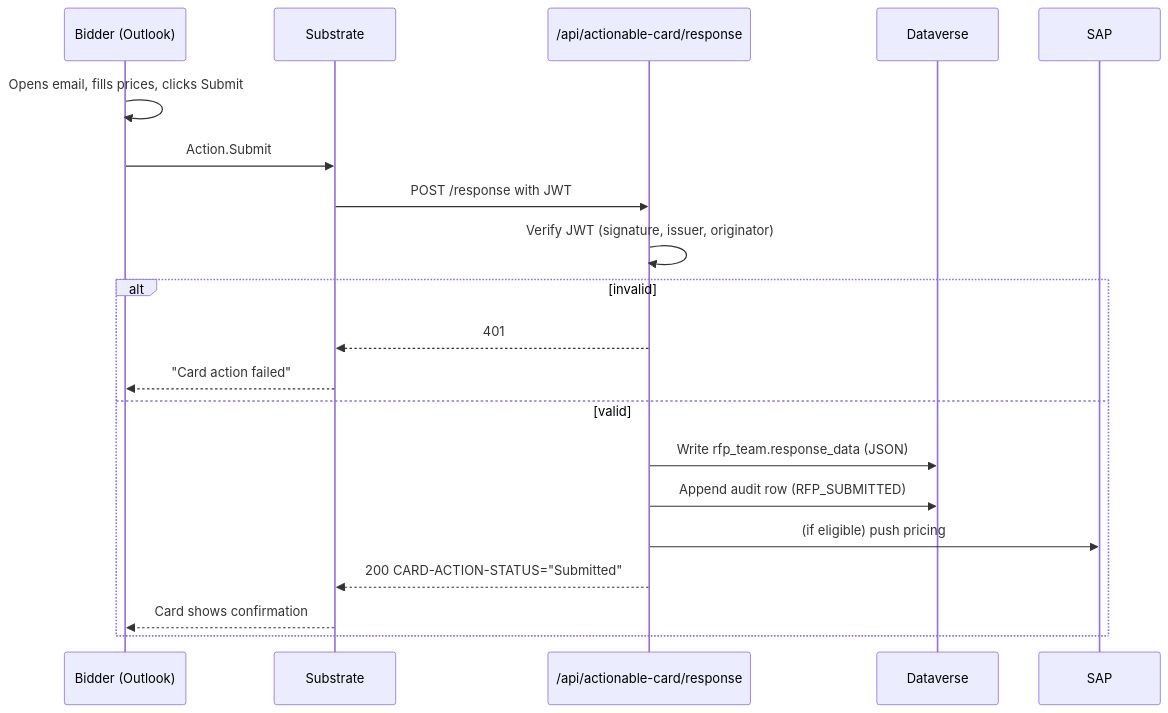
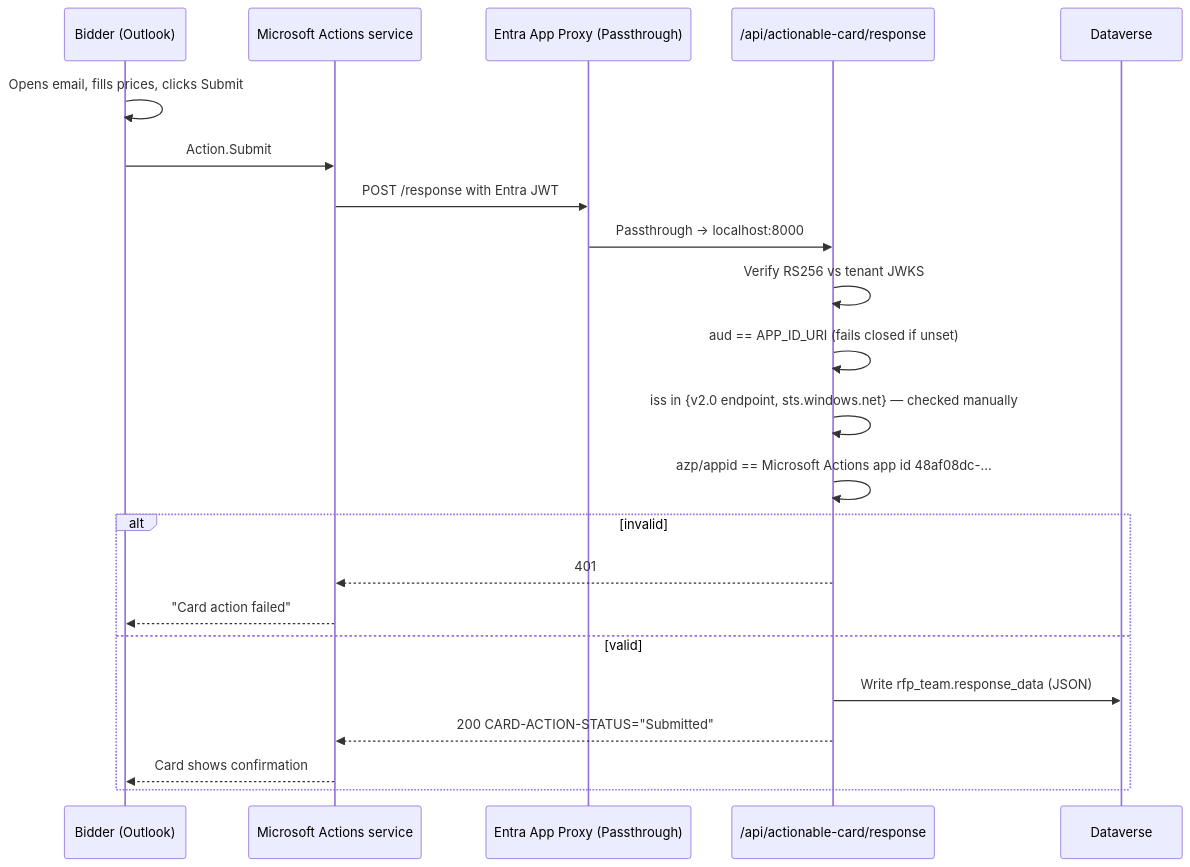
The fifth of 8 diagrams in docs/02-architecture/05-HLD-High-Level-Design.md (ManishDyna/RFP-Automation), drawn with Mermaid before and after one commit. The commit also changed other lines of this file and 24 other files, not shown here.

````diff
--- a/docs/02-architecture/05-HLD-High-Level-Design.md
+++ b/docs/02-architecture/05-HLD-High-Level-Design.md
@@ -165,23 +190,25 @@
 ```mermaid
 sequenceDiagram
     participant B as Bidder (Outlook)
-    participant S as Substrate
+    participant S as Microsoft Actions service
+    participant AP as Entra App Proxy (Passthrough)
     participant API as /api/actionable-card/response
     participant DV as Dataverse
-    participant SAP as SAP
 
     B->>B: Opens email, fills prices, clicks Submit
     B->>S: Action.Submit
-    S->>API: POST /response with JWT
-    API->>API: Verify JWT (signature, issuer, originator)
+    S->>AP: POST /response with Entra JWT
+    AP->>API: Passthrough → localhost:8000
+    API->>API: Verify RS256 vs tenant JWKS
+    API->>API: aud == APP_ID_URI (fails closed if unset)
+    API->>API: iss in {v2.0 endpoint, sts.windows.net} — checked manually
+    API->>API: azp/appid == Microsoft Actions app id 48af08dc-…
     alt invalid
         API-->>S: 401
         S-->>B: "Card action failed"
     else valid
         API->>DV: Write rfp_team.response_data (JSON)
-        API->>DV: Append audit row (RFP_SUBMITTED)
-        API->>SAP: (if eligible) push pricing
         API-->>S: 200 CARD-ACTION-STATUS="Submitted"
         S-->>B: Card shows confirmation
     end
 ```
````
